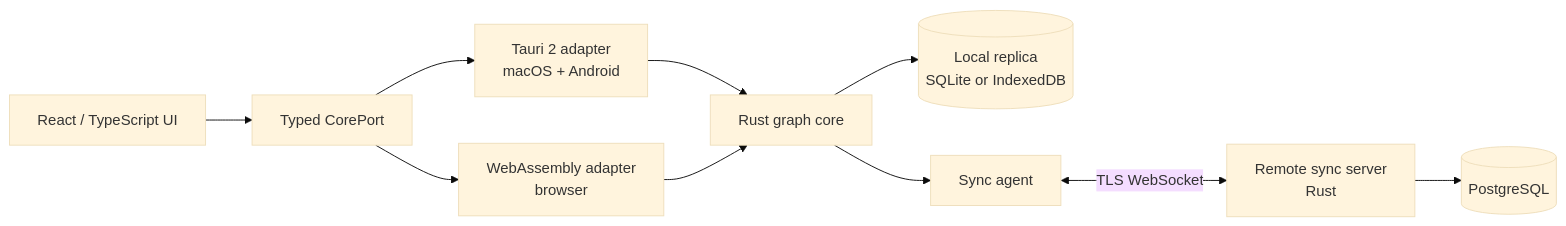
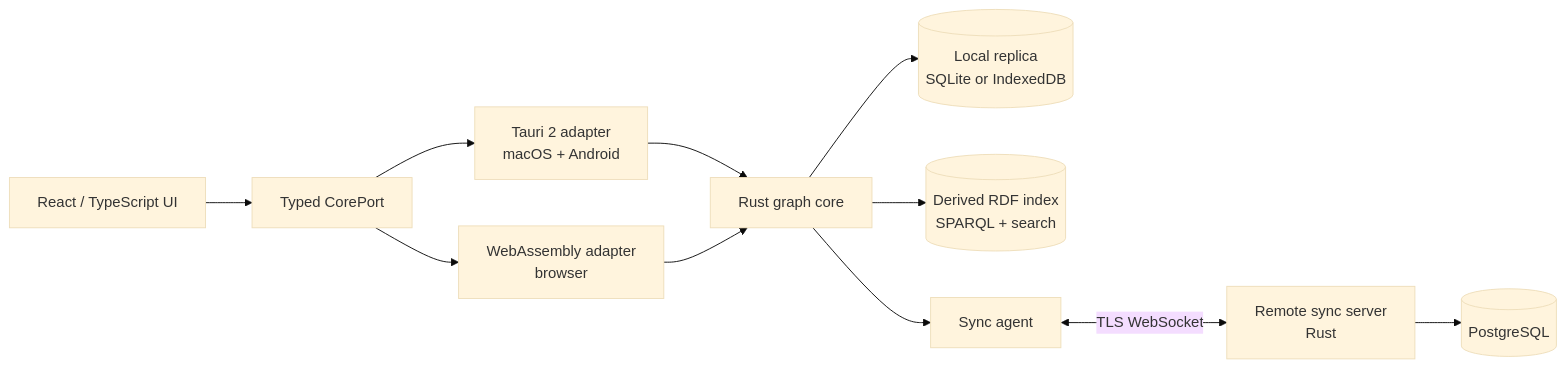
The diagram in ARCHITECTURE.md (waneon/neoseq), drawn with Mermaid (base theme) before and after one commit. The commit also changed other lines of this file and 8 other files, not shown here.

Commit message:
docs(architecture): adopt reproducible SPARQL index

````diff
--- a/ARCHITECTURE.md
+++ b/ARCHITECTURE.md
@@ -40,20 +43,22 @@
 ```mermaid
 flowchart LR
     UI[React / TypeScript UI]
     Port[Typed CorePort]
     Native[Tauri 2 adapter<br/>macOS + Android]
     Web[WebAssembly adapter<br/>browser]
     Core[Rust graph core]
     Local[(Local replica<br/>SQLite or IndexedDB)]
+    Index[(Derived RDF index<br/>SPARQL + search)]
     Sync[Sync agent]
     Server[Remote sync server<br/>Rust]
     DB[(PostgreSQL)]
 
     UI --> Port
     Port --> Native --> Core
     Port --> Web --> Core
     Core --> Local
+    Core --> Index
     Core --> Sync
     Sync <-->|TLS WebSocket| Server
     Server --> DB
 ```
````
